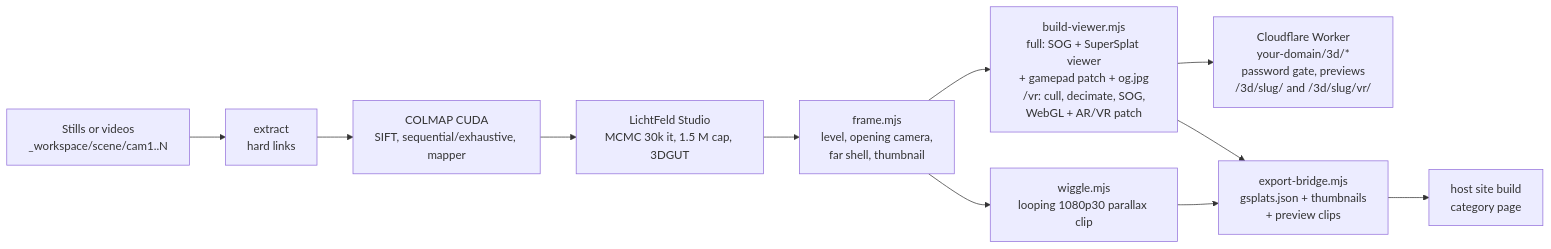
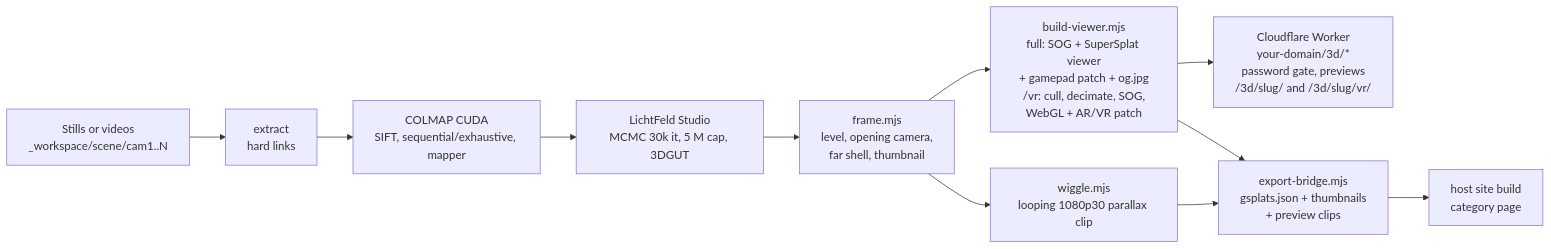
Before and after one commit to ehcheng/gsplat_pipeline: the diagram in PROJECT.md, drawn with Mermaid. The commit also changed other lines of this file and 6 other files, not shown here.

````diff
--- a/PROJECT.md
+++ b/PROJECT.md
@@ -17,13 +17,13 @@
 ```mermaid
 flowchart LR
   A[Stills or videos<br/>_workspace/scene/cam1..N] --> B[extract<br/>hard links]
   B --> C[COLMAP CUDA<br/>SIFT, sequential/exhaustive, mapper]
-  C --> D[LichtFeld Studio<br/>MCMC 30k it, 1.5 M cap, 3DGUT]
+  C --> D[LichtFeld Studio<br/>MCMC 30k it, 5 M cap, 3DGUT]
   D --> E[frame.mjs<br/>level, opening camera,<br/>far shell, thumbnail]
   E --> F[build-viewer.mjs<br/>full: SOG + SuperSplat viewer<br/>+ gamepad patch + og.jpg<br/>/vr: cull, decimate, SOG,<br/>WebGL + AR/VR patch]
   F --> G[Cloudflare Worker<br/>your-domain/3d/*<br/>password gate, previews<br/>/3d/slug/ and /3d/slug/vr/]
   E --> W[wiggle.mjs<br/>looping 1080p30 parallax clip]
   F --> H[export-bridge.mjs<br/>gsplats.json + thumbnails<br/>+ preview clips]
   W --> H
   H --> I[host site build<br/>category page]
 ```
````
